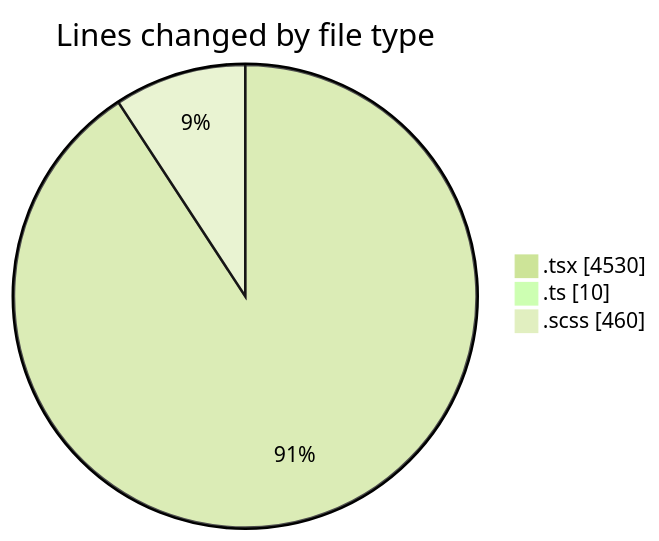
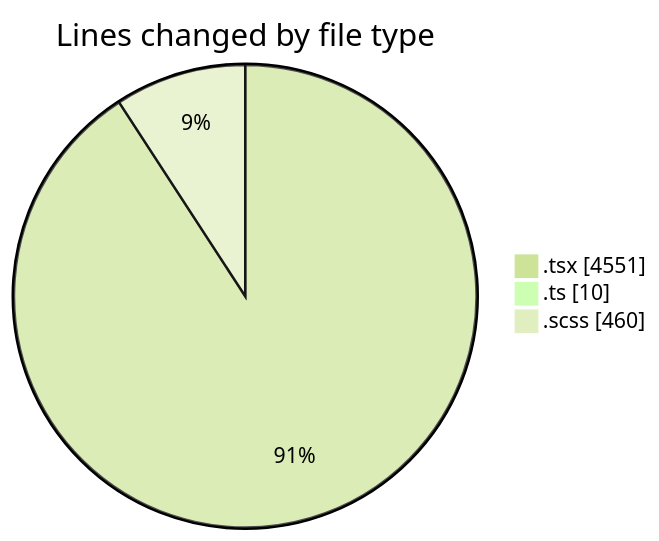
The first of 2 diagrams in 2025-11-17/cda/README.md (momahboobian/code-tracking), drawn with Mermaid (forest theme) before and after one commit. The commit also changed other lines of this file and 1 other file, not shown here.

````diff
--- a/2025-11-17/cda/README.md
+++ b/2025-11-17/cda/README.md
@@ -30,7 +30,7 @@
 ```mermaid
 pie showData
 title Lines changed by file type
-".tsx" : 4530
+".tsx" : 4551
 ".ts" : 10
 ".scss" : 460
 ```
````
